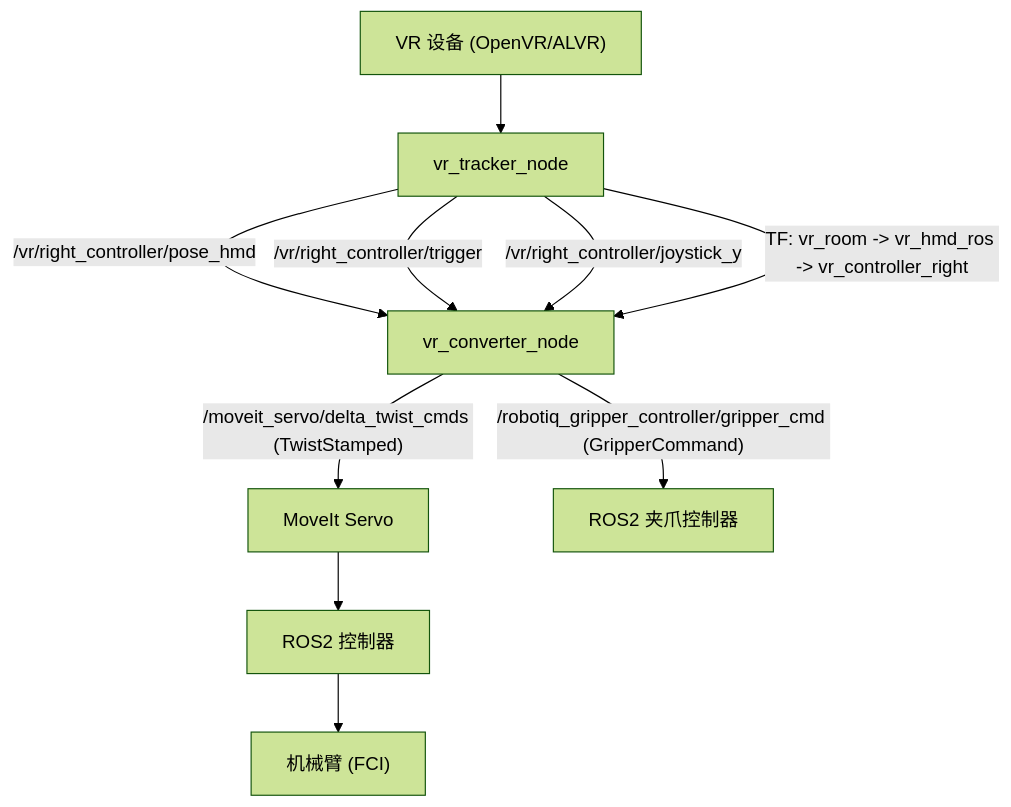
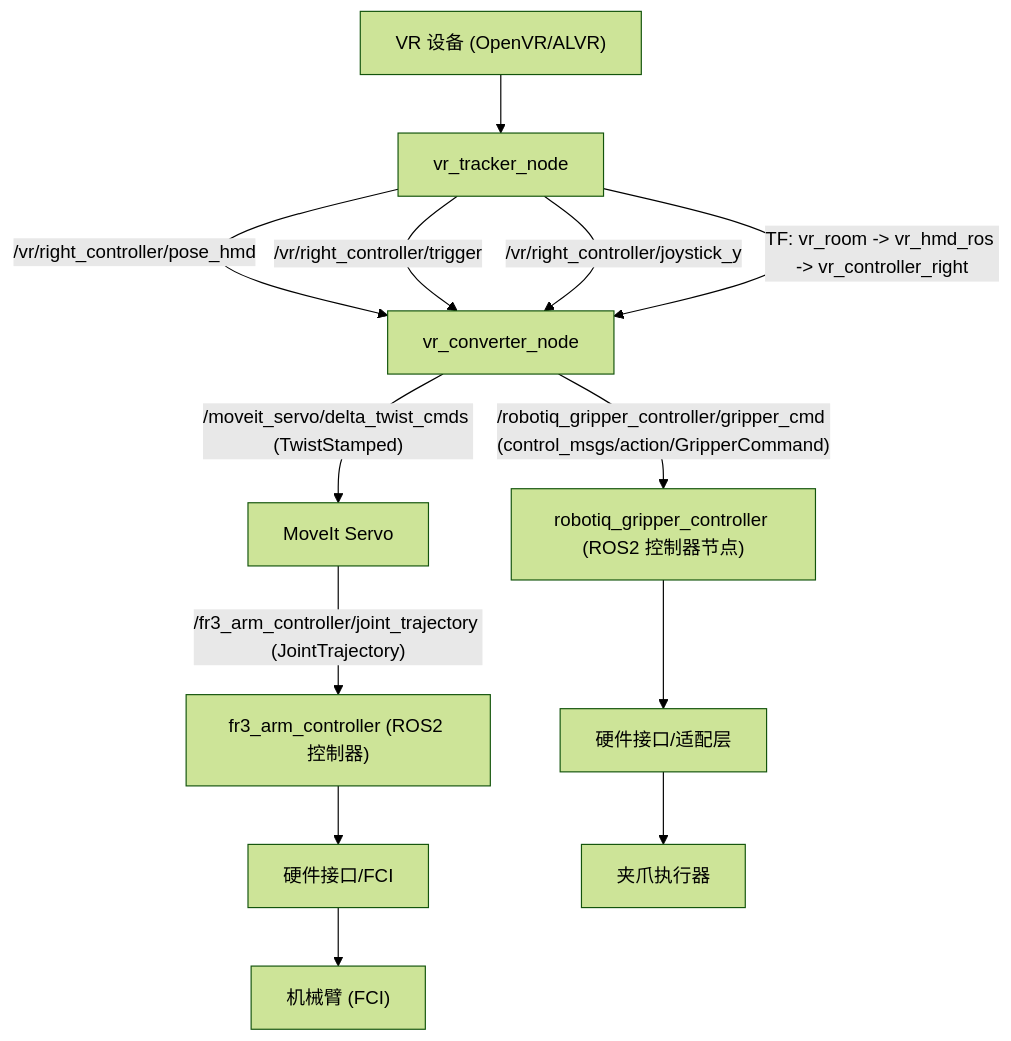
The first of 2 diagrams in vr_teleop_twist/README.md (Daisywait/VR_teleop), drawn with Mermaid (forest theme) before and after one commit. The commit also changed other lines of this file, not shown here.

Commit message:
链路图完善

````diff
--- a/vr_teleop_twist/README.md
+++ b/vr_teleop_twist/README.md
@@ -71,12 +11,15 @@
 ```mermaid
 flowchart TD
   A["VR 设备 (OpenVR/ALVR)"] --> B["vr_tracker_node"]
   B -->|"/vr/right_controller/pose_hmd"| C["vr_converter_node"]
   B -->|"/vr/right_controller/trigger"| C
   B -->|"/vr/right_controller/joystick_y"| C
   B -->|"TF: vr_room -> vr_hmd_ros -> vr_controller_right"| C
   C -->|"/moveit_servo/delta_twist_cmds (TwistStamped)"| D["MoveIt Servo"]
-  C -->|"/robotiq_gripper_controller/gripper_cmd (GripperCommand)"| E["ROS2 夹爪控制器"]
-  D --> F["ROS2 控制器"]
-  F --> H["机械臂 (FCI)"]
+  D -->|"/fr3_arm_controller/joint_trajectory (JointTrajectory)"| F["fr3_arm_controller (ROS2 控制器)"]
+  F --> H["硬件接口/FCI"]
+  C -->|"/robotiq_gripper_controller/gripper_cmd (control_msgs/action/GripperCommand)"| E["robotiq_gripper_controller (ROS2 控制器节点)"]
+  E --> E1["硬件接口/适配层"]
+  E1 --> E2["夹爪执行器"]
+  H --> H1["机械臂 (FCI)"]
 ```
````
